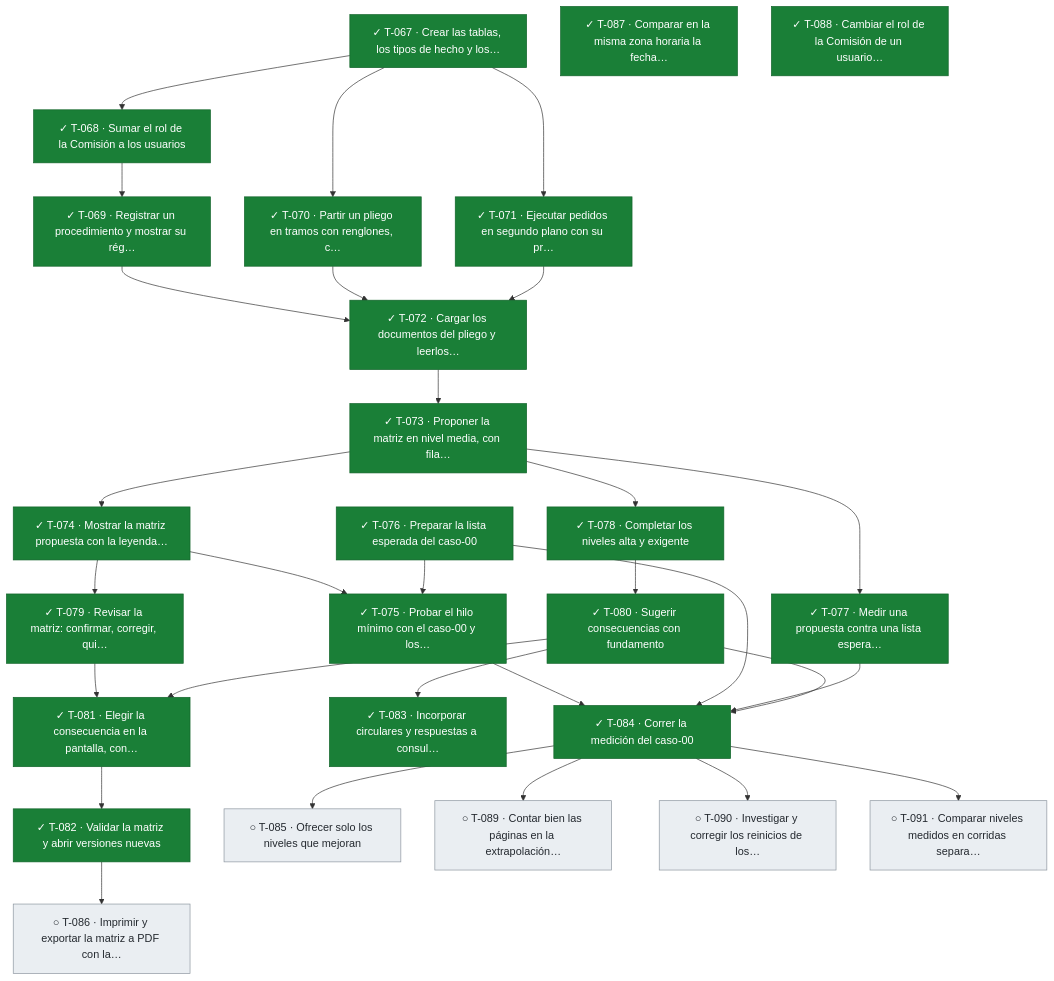
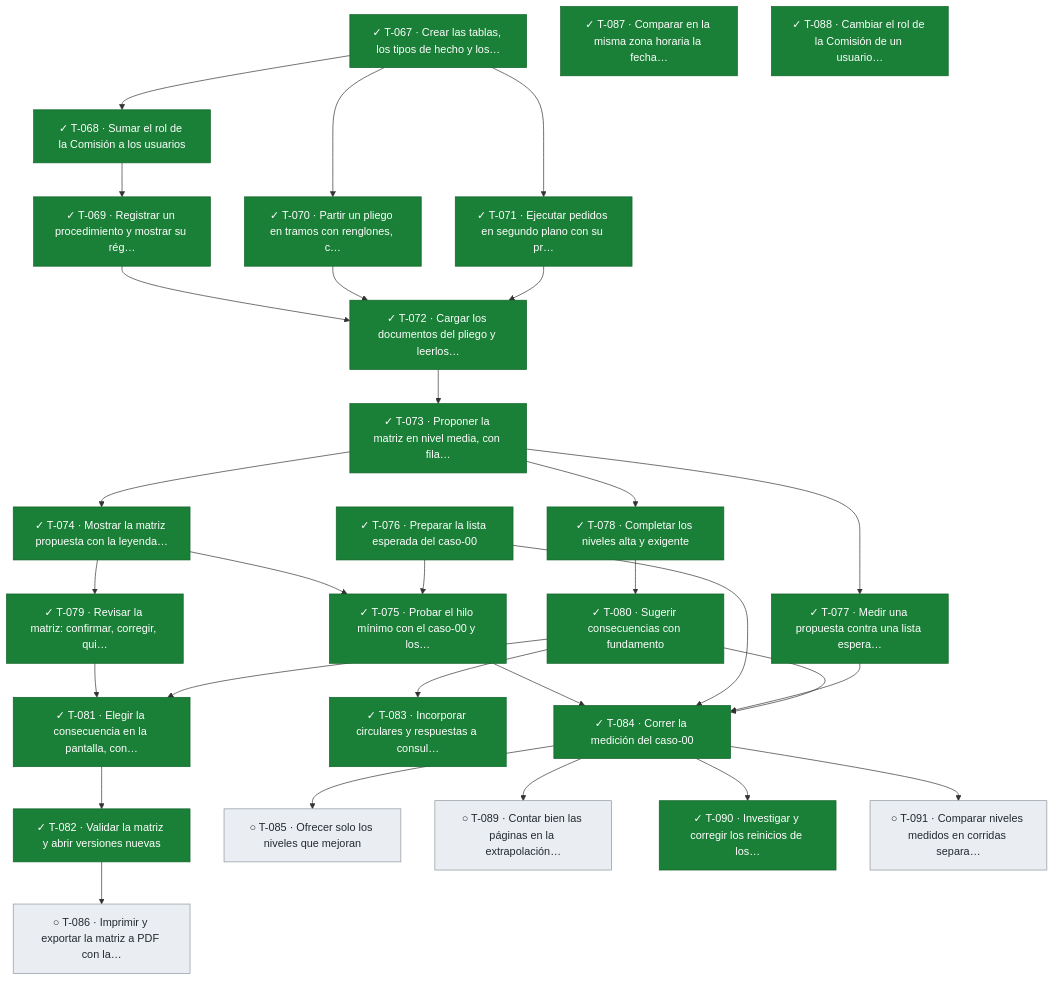
The fifth of 5 diagrams in docs/tablero.md (snavello/EVALUON), drawn with Mermaid before and after one commit. The commit also changed other lines of this file and 1 other file, not shown here.

````diff
--- a/docs/tablero.md
+++ b/docs/tablero.md
@@ -404,61 +404,61 @@
 ```mermaid
 flowchart TD
   T067["✓ T-067 · Crear las tablas, los tipos de hecho y los…"]:::done
   T068["✓ T-068 · Sumar el rol de la Comisión a los usuarios"]:::done
   T069["✓ T-069 · Registrar un procedimiento y mostrar su rég…"]:::done
   T070["✓ T-070 · Partir un pliego en tramos con renglones, c…"]:::done
   T071["✓ T-071 · Ejecutar pedidos en segundo plano con su pr…"]:::done
   T072["✓ T-072 · Cargar los documentos del pliego y leerlos…"]:::done
   T073["✓ T-073 · Proponer la matriz en nivel media, con fila…"]:::done
   T074["✓ T-074 · Mostrar la matriz propuesta con la leyenda…"]:::done
   T075["✓ T-075 · Probar el hilo mínimo con el caso-00 y los…"]:::done
   T076["✓ T-076 · Preparar la lista esperada del caso-00"]:::done
   T077["✓ T-077 · Medir una propuesta contra una lista espera…"]:::done
   T078["✓ T-078 · Completar los niveles alta y exigente"]:::done
   T079["✓ T-079 · Revisar la matriz: confirmar, corregir, qui…"]:::done
   T080["✓ T-080 · Sugerir consecuencias con fundamento"]:::done
   T081["✓ T-081 · Elegir la consecuencia en la pantalla, con…"]:::done
   T082["✓ T-082 · Validar la matriz y abrir versiones nuevas"]:::done
   T083["✓ T-083 · Incorporar circulares y respuestas a consul…"]:::done
   T084["✓ T-084 · Correr la medición del caso-00"]:::done
   T085["○ T-085 · Ofrecer solo los niveles que mejoran"]:::todo
   T086["○ T-086 · Imprimir y exportar la matriz a PDF con la…"]:::todo
   T087["✓ T-087 · Comparar en la misma zona horaria la fecha…"]:::done
   T088["✓ T-088 · Cambiar el rol de la Comisión de un usuario…"]:::done
   T089["○ T-089 · Contar bien las páginas en la extrapolación…"]:::todo
-  T090["○ T-090 · Investigar y corregir los reinicios de los…"]:::todo
+  T090["✓ T-090 · Investigar y corregir los reinicios de los…"]:::done
   T091["○ T-091 · Comparar niveles medidos en corridas separa…"]:::todo
   T067 --> T068
   T068 --> T069
   T067 --> T070
   T067 --> T071
   T069 --> T072
   T070 --> T072
   T071 --> T072
   T072 --> T073
   T073 --> T074
   T074 --> T075
   T076 --> T075
   T073 --> T077
   T073 --> T078
   T074 --> T079
   T078 --> T080
   T079 --> T081
   T080 --> T081
   T081 --> T082
   T080 --> T083
   T075 --> T084
   T076 --> T084
   T077 --> T084
   T080 --> T084
   T084 --> T085
   T082 --> T086
   T084 --> T089
   T084 --> T090
   T084 --> T091
   classDef done fill:#1a7f37,stroke:#116329,color:#ffffff
   classDef review fill:#0969da,stroke:#0550ae,color:#ffffff
   classDef active fill:#bf8700,stroke:#7d4e00,color:#ffffff
   classDef blocked fill:#cf222e,stroke:#a40e26,color:#ffffff
   classDef todo fill:#eaeef2,stroke:#8c959f,color:#24292f
 ```
````
